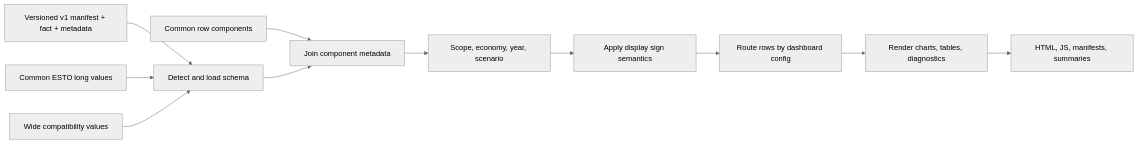
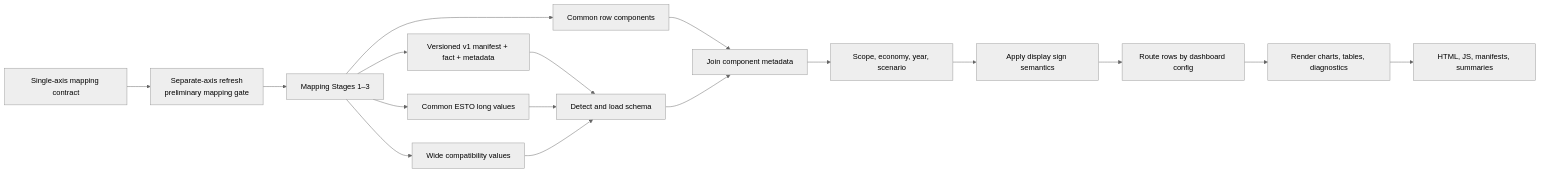
The diagram in docs/handover/dashboard_pipeline_guide.md (asia-pacific-energy-research-centre/leap_dashboard), drawn with Mermaid (neutral theme) before and after one commit. The commit also changed other lines of this file, not shown here.

Commit message:
codex: document upstream mapping generation
Verification: documentation-only change; Mermaid flow reviewed against the dashboard input contract.

````diff
--- a/docs/handover/dashboard_pipeline_guide.md
+++ b/docs/handover/dashboard_pipeline_guide.md
@@ -19,20 +19,27 @@
 ```mermaid
 flowchart LR
+    AXIS["Single-axis mapping contract"]
+    GENERATE["Separate-axis refresh<br/>preliminary mapping gate"]
+    MAP["Mapping Stages 1–3"]
     CONTRACT["Versioned v1 manifest + fact + metadata"]
     LONG["Common ESTO long values"]
     WIDE["Wide compatibility values"]
     ROWS["Common row components"]
     LOAD["Detect and load schema"]
     FILTER["Scope, economy, year, scenario"]
     META["Join component metadata"]
     SIGN["Apply display sign semantics"]
     ROUTE["Route rows by dashboard config"]
     RENDER["Render charts, tables, diagnostics"]
     OUT["HTML, JS, manifests, summaries"]
 
+    AXIS --> GENERATE --> MAP --> CONTRACT
+    MAP --> LONG
+    MAP --> WIDE
+    MAP --> ROWS
     CONTRACT --> LOAD
     LONG --> LOAD
     WIDE --> LOAD
     ROWS --> META
     LOAD --> META --> FILTER --> SIGN --> ROUTE --> RENDER --> OUT
 ```
````
